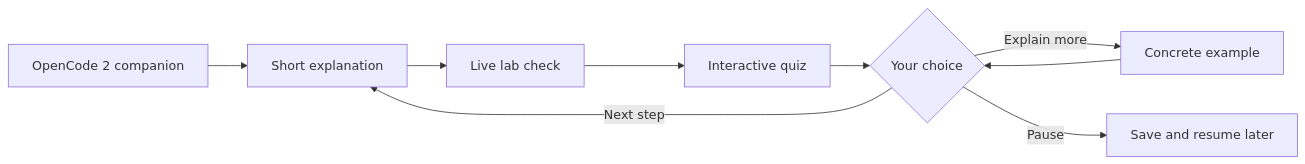
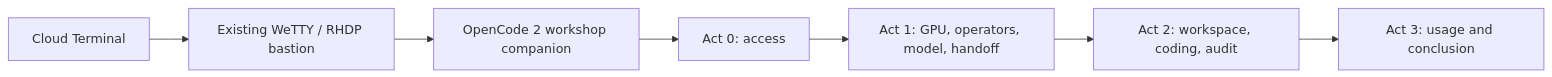
One commit to fjcloud/rosa-ai-app-platform changed the diagram in experiments/opencode-companion/README.md. Above: the diagram before and after it, drawn with Mermaid. The commit also changed other lines of this file and 11 other files, not shown here.

Commit message:
Guide the whole workshop from the Cloud Terminal bastion with OpenCode 2

````diff
--- a/experiments/opencode-companion/README.md
+++ b/experiments/opencode-companion/README.md
@@ -49,11 +19,9 @@
 ```mermaid
 flowchart LR
-  A[OpenCode 2 companion] --> B[Short explanation]
-  B --> C[Live lab check]
-  C --> D[Interactive quiz]
-  D --> E{Your choice}
-  E -->|Next step| B
-  E -->|Explain more| G[Concrete example]
-  G --> E
-  E -->|Pause| F[Save and resume later]
+  A[Cloud Terminal] --> B[Existing WeTTY / RHDP bastion]
+  B --> C[OpenCode 2 workshop companion]
+  C --> D[Act 0: access]
+  D --> E[Act 1: GPU, operators, model, handoff]
+  E --> F[Act 2: workspace, coding, audit]
+  F --> G[Act 3: usage and conclusion]
 ```
````
